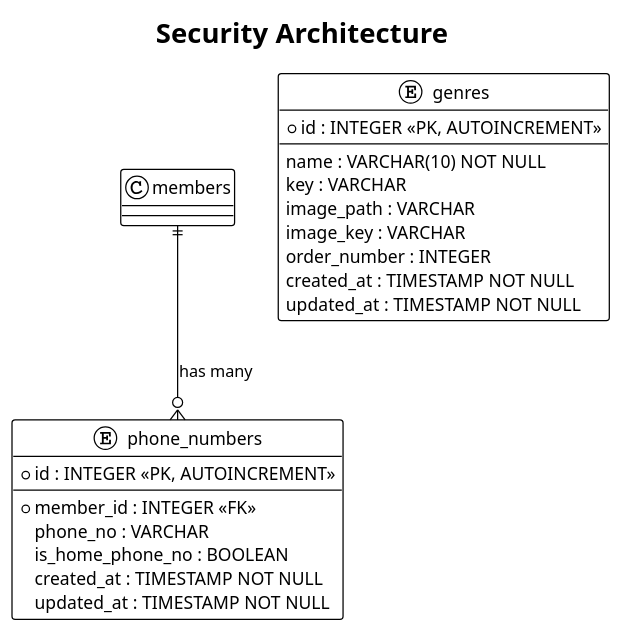
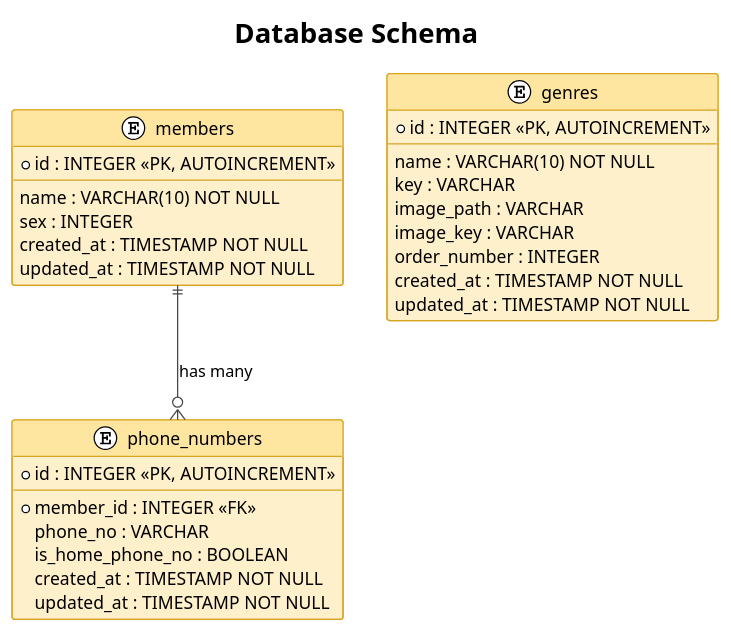
Before and after one commit to batzorigt/rest-api-template: the seventh of 8 diagrams in docs/architecture.md, drawn with PlantUML. The commit also changed other lines of this file, not shown here.

````diff
--- a/docs/architecture.md
+++ b/docs/architecture.md
@@ -135,32 +386,47 @@
 ```plantuml
-@startuml Security
+@startuml Database
 !theme plain
-title Security Architecture
+title Database Schema
 
+skinparam class {
+  BorderColor #d6a520
+  BackgroundColor #fff0cc
+  HeaderBackgroundColor #ffe6a0
+}
+skinparam ArrowColor #444444
+
+entity "members" as members {
+  * id : INTEGER <<PK, AUTOINCREMENT>>
+  --
+  name : VARCHAR(10) NOT NULL
+  sex : INTEGER
+  created_at : TIMESTAMP NOT NULL
+  updated_at : TIMESTAMP NOT NULL
+}
 
 entity "phone_numbers" as phones {
   * id : INTEGER <<PK, AUTOINCREMENT>>
   --
   * member_id : INTEGER <<FK>>
   phone_no : VARCHAR
   is_home_phone_no : BOOLEAN
   created_at : TIMESTAMP NOT NULL
   updated_at : TIMESTAMP NOT NULL
 }
 
 entity "genres" as genres {
   * id : INTEGER <<PK, AUTOINCREMENT>>
   --
   name : VARCHAR(10) NOT NULL
   key : VARCHAR
   image_path : VARCHAR
   image_key : VARCHAR
   order_number : INTEGER
   created_at : TIMESTAMP NOT NULL
   updated_at : TIMESTAMP NOT NULL
 }
 
 members ||--o{ phones : "has many"
 
 @enduml
 ```
````
